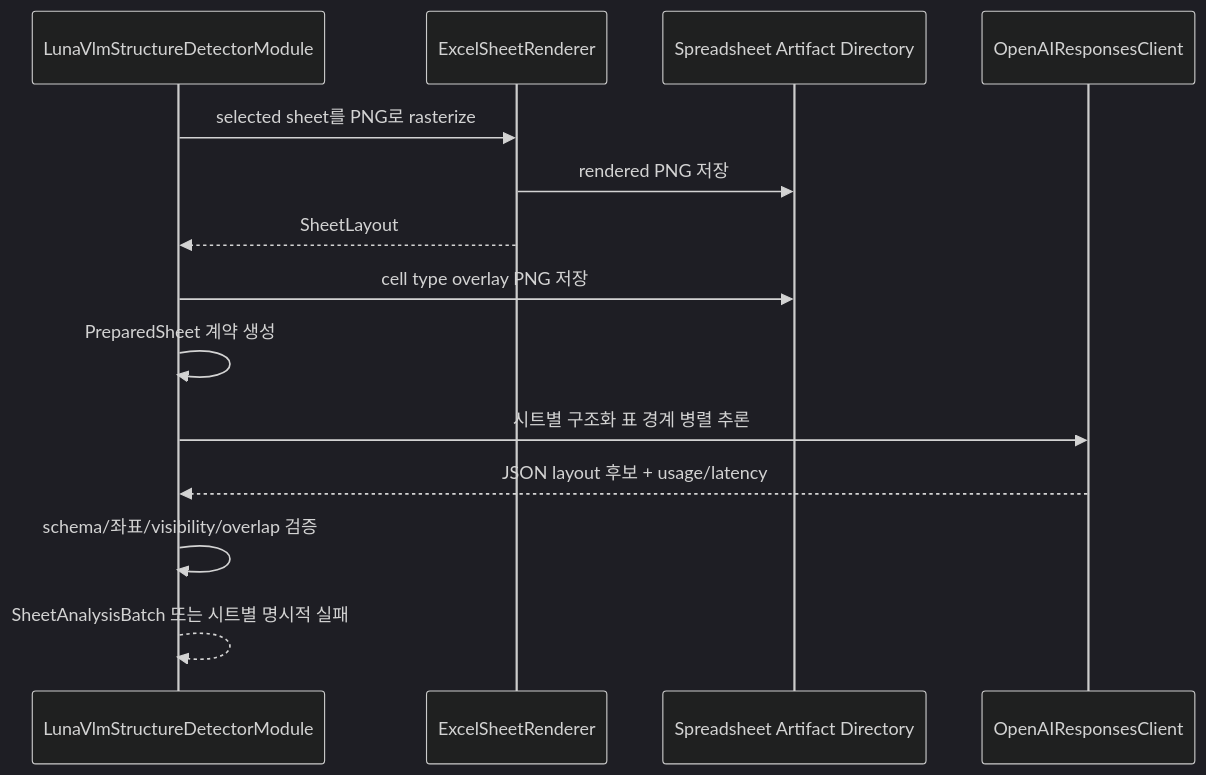
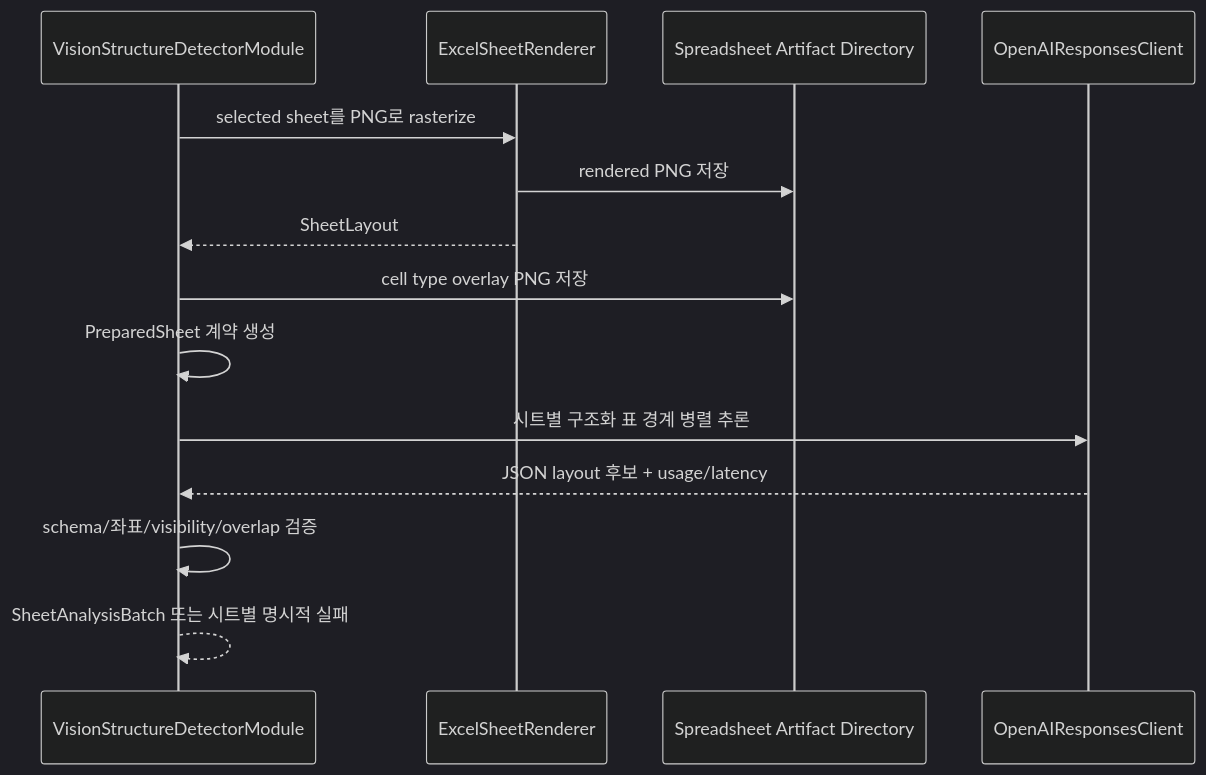
One commit to bist-mini-final/bist-mini-final changed the diagram in docs/blueprints/02_data_engine_blueprints/BP-202_luna_vlm_vision_detector.md. Above: the diagram before and after it, drawn with Mermaid (dark theme). The commit also changed other lines of this file and 22 other files, not shown here.

Commit message:
docs: redefine blueprints as target architecture

````diff
--- a/docs/blueprints/02_data_engine_blueprints/BP-202_luna_vlm_vision_detector.md
+++ b/docs/blueprints/02_data_engine_blueprints/BP-202_luna_vlm_vision_detector.md
@@ -15,17 +16,17 @@
 ```mermaid
 sequenceDiagram
-    participant Module as LunaVlmStructureDetectorModule
+    participant Module as VisionStructureDetectorModule
     participant Renderer as ExcelSheetRenderer
     participant Artifact as Spreadsheet Artifact Directory
     participant Vision as OpenAIResponsesClient
 
     Module->>Renderer: selected sheet를 PNG로 rasterize
     Renderer->>Artifact: rendered PNG 저장
     Renderer-->>Module: SheetLayout
     Module->>Artifact: cell type overlay PNG 저장
     Module->>Module: PreparedSheet 계약 생성
     Module->>Vision: 시트별 구조화 표 경계 병렬 추론
     Vision-->>Module: JSON layout 후보 + usage/latency
     Module->>Module: schema/좌표/visibility/overlap 검증
     Module-->>Module: SheetAnalysisBatch 또는 시트별 명시적 실패
 ```
````
